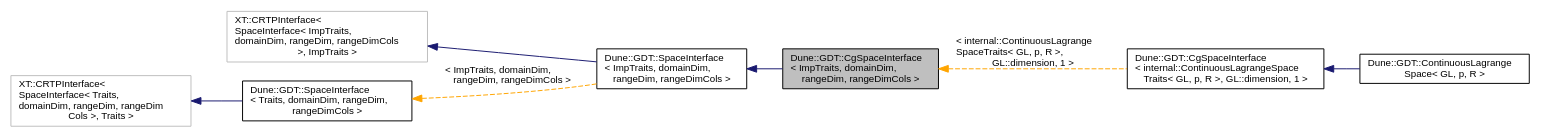
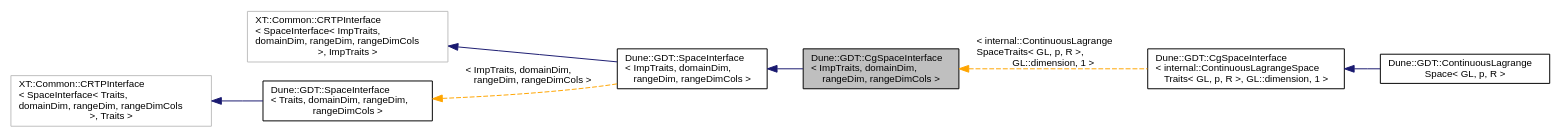
The diagram in docs/dune-gdt/master/a02476.dot (dune-community/dune-community.github.io), drawn with Graphviz before and after one commit. The commit also changed 1147 other files, not shown here.

```diff
--- a/docs/dune-gdt/master/a02476.dot
+++ b/docs/dune-gdt/master/a02476.dot
@@ -1,19 +1,19 @@
 digraph "Dune::GDT::CgSpaceInterface&lt; ImpTraits, domainDim, rangeDim, rangeDimCols &gt;"
 {
   edge [fontname="Helvetica",fontsize="10",labelfontname="Helvetica",labelfontsize="10"];
   node [fontname="Helvetica",fontsize="10",shape=record];
   rankdir="LR";
   Node0 [label="Dune::GDT::CgSpaceInterface\l\< ImpTraits, domainDim,\l rangeDim, rangeDimCols \>",height=0.2,width=0.4,color="black", fillcolor="grey75", style="filled", fontcolor="black"];
   Node1 -> Node0 [dir="back",color="midnightblue",fontsize="10",style="solid",fontname="Helvetica"];
   Node1 [label="Dune::GDT::SpaceInterface\l\< ImpTraits, domainDim,\l rangeDim, rangeDimCols \>",height=0.2,width=0.4,color="black", fillcolor="white", style="filled",URL="$a02709.html"];
   Node2 -> Node1 [dir="back",color="midnightblue",fontsize="10",style="solid",fontname="Helvetica"];
-  Node2 [label="XT::CRTPInterface\<\l SpaceInterface\< ImpTraits,\l domainDim, rangeDim, rangeDimCols\l \>, ImpTraits \>",height=0.2,width=0.4,color="grey75", fillcolor="white", style="filled"];
+  Node2 [label="XT::Common::CRTPInterface\l\< SpaceInterface\< ImpTraits,\l domainDim, rangeDim, rangeDimCols\l \>, ImpTraits \>",height=0.2,width=0.4,color="grey75", fillcolor="white", style="filled"];
   Node3 -> Node1 [dir="back",color="orange",fontsize="10",style="dashed",label=" \< ImpTraits, domainDim,\l rangeDim, rangeDimCols \>" ,fontname="Helvetica"];
   Node3 [label="Dune::GDT::SpaceInterface\l\< Traits, domainDim, rangeDim,\l rangeDimCols \>",height=0.2,width=0.4,color="black", fillcolor="white", style="filled",URL="$a02709.html"];
   Node4 -> Node3 [dir="back",color="midnightblue",fontsize="10",style="solid",fontname="Helvetica"];
-  Node4 [label="XT::CRTPInterface\<\l SpaceInterface\< Traits,\l domainDim, rangeDim, rangeDim\lCols \>, Traits \>",height=0.2,width=0.4,color="grey75", fillcolor="white", style="filled"];
+  Node4 [label="XT::Common::CRTPInterface\l\< SpaceInterface\< Traits,\l domainDim, rangeDim, rangeDimCols\l \>, Traits \>",height=0.2,width=0.4,color="grey75", fillcolor="white", style="filled"];
   Node0 -> Node5 [dir="back",color="orange",fontsize="10",style="dashed",label=" \< internal::ContinuousLagrange\lSpaceTraits\< GL, p, R \>,\l GL::dimension, 1 \>" ,fontname="Helvetica"];
   Node5 [label="Dune::GDT::CgSpaceInterface\l\< internal::ContinuousLagrangeSpace\lTraits\< GL, p, R \>, GL::dimension, 1 \>",height=0.2,width=0.4,color="black", fillcolor="white", style="filled",URL="$a02477.html"];
   Node5 -> Node6 [dir="back",color="midnightblue",fontsize="10",style="solid",fontname="Helvetica"];
   Node6 [label="Dune::GDT::ContinuousLagrange\lSpace\< GL, p, R \>",height=0.2,width=0.4,color="black", fillcolor="white", style="filled",URL="$a02469.html"];
 }
```
